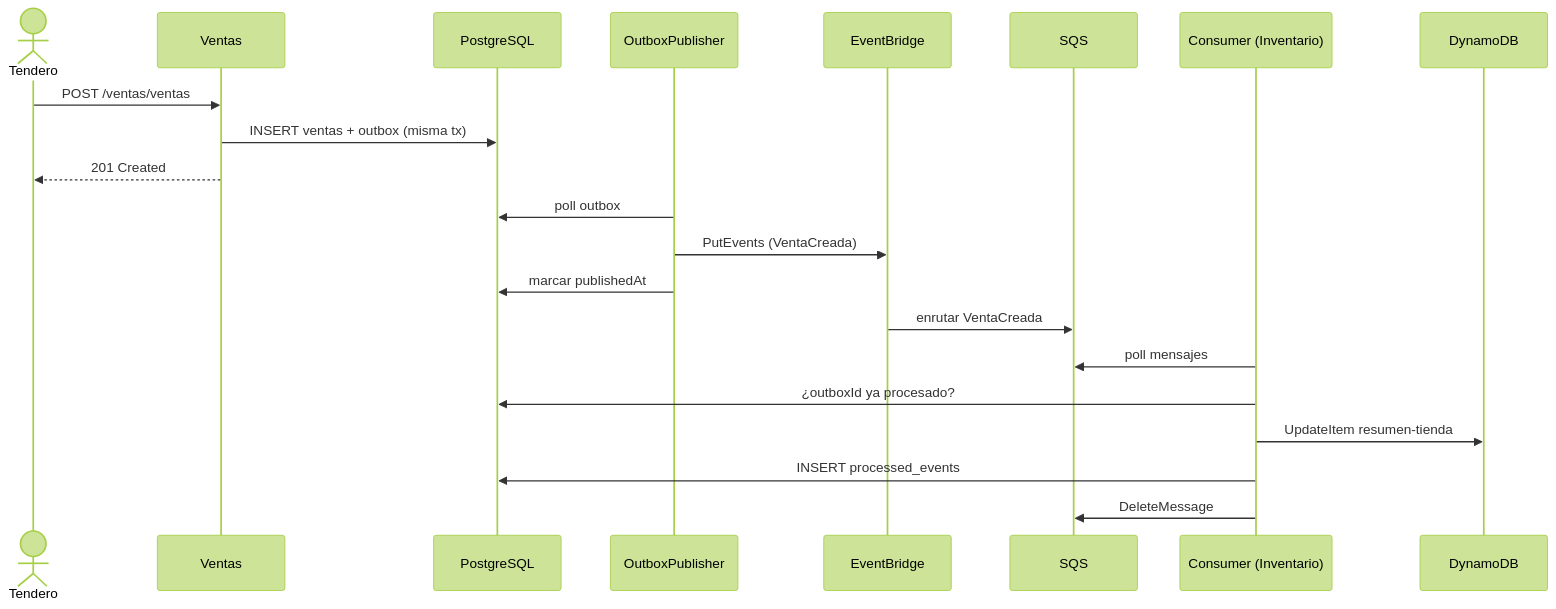
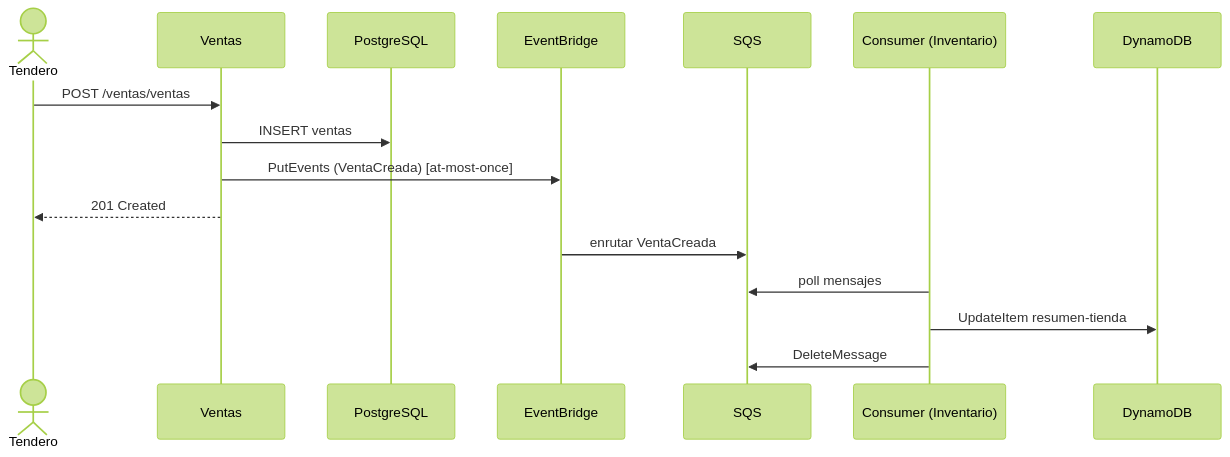
Before and after one commit to ISIS-2212-Arquitecturas-Robustas/laboratorios: the first of 3 diagrams in lab_8/lab_8_eda_cqrs_event_sourcing.md, drawn with Mermaid (forest theme). The commit also changed other lines of this file and 1 other file, not shown here.

````diff
--- a/lab_8/lab_8_eda_cqrs_event_sourcing.md
+++ b/lab_8/lab_8_eda_cqrs_event_sourcing.md
@@ -113,27 +113,21 @@
 ```mermaid
 sequenceDiagram
     actor Tendero
     participant Ventas
     participant PostgreSQL
-    participant OutboxPublisher
     participant EventBridge
     participant SQS
     participant Consumer as Consumer (Inventario)
     participant DynamoDB
 
     Tendero->>Ventas: POST /ventas/ventas
-    Ventas->>PostgreSQL: INSERT ventas + outbox (misma tx)
+    Ventas->>PostgreSQL: INSERT ventas
+    Ventas->>EventBridge: PutEvents (VentaCreada) [at-most-once]
     Ventas-->>Tendero: 201 Created
-
-    OutboxPublisher->>PostgreSQL: poll outbox
-    OutboxPublisher->>EventBridge: PutEvents (VentaCreada)
-    OutboxPublisher->>PostgreSQL: marcar publishedAt
 
     EventBridge->>SQS: enrutar VentaCreada
 
     Consumer->>SQS: poll mensajes
-    Consumer->>PostgreSQL: ¿outboxId ya procesado?
     Consumer->>DynamoDB: UpdateItem resumen-tienda
-    Consumer->>PostgreSQL: INSERT processed_events
     Consumer->>SQS: DeleteMessage
 ```
````
